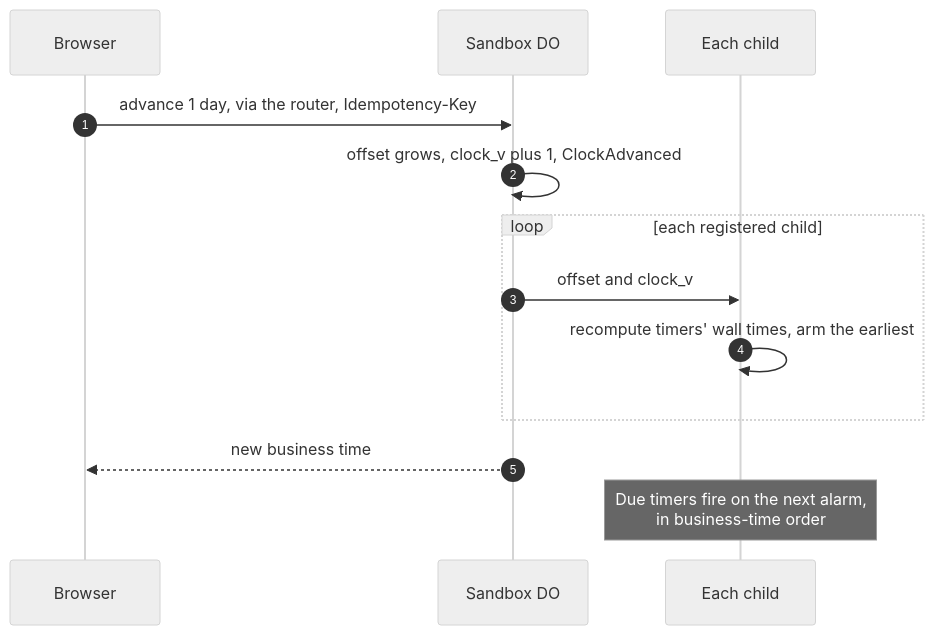
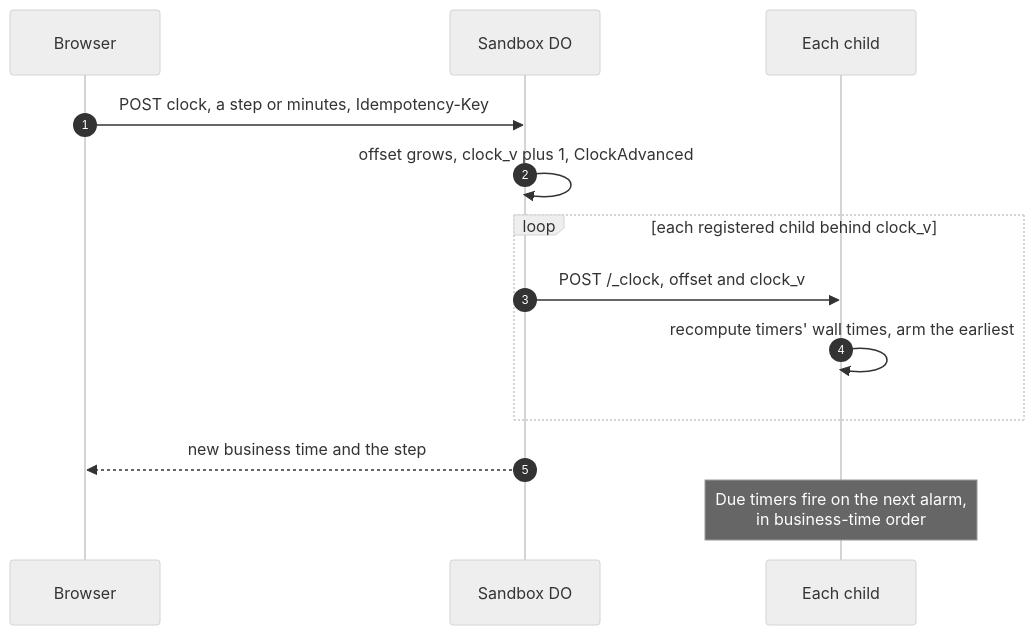
Before and after one commit to IHaveASegway/bakery: the tenth of 11 diagrams in docs/architecture.md, drawn with Mermaid (neutral theme). The commit also changed other lines of this file and 5 other files, not shown here.

````diff
--- a/docs/architecture.md
+++ b/docs/architecture.md
@@ -532,15 +537,15 @@
 ```mermaid
 sequenceDiagram
   autonumber
   participant B as Browser
   participant S as Sandbox DO
   participant K as Each child
-  B->>S: advance 1 day, via the router, Idempotency-Key
+  B->>S: POST clock, a step or minutes, Idempotency-Key
   S->>S: offset grows, clock_v plus 1, ClockAdvanced
-  loop each registered child
-    S->>K: offset and clock_v
+  loop each registered child behind clock_v
+    S->>K: POST /_clock, offset and clock_v
     K->>K: recompute timers' wall times, arm the earliest
   end
-  S-->>B: new business time
+  S-->>B: new business time and the step
   Note over K: Due timers fire on the next alarm,<br/>in business-time order
 ```
````
